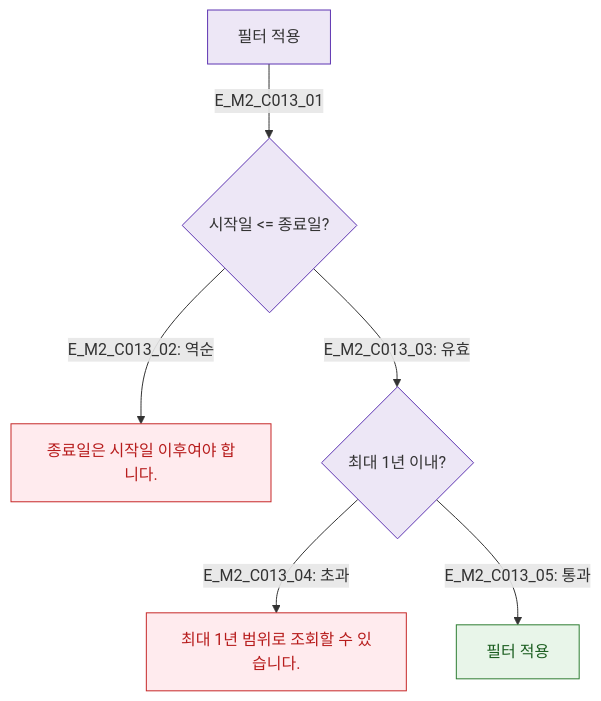
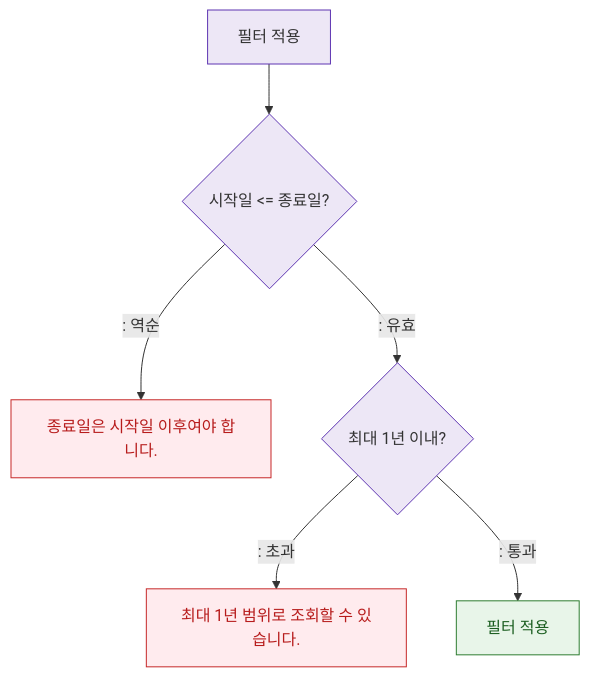
The diagram in docs/다이어그램/D04_수업관리/DLG/DLG-C013_차감이력/M2_필드검증.md (dev-spogym/admin-pando), drawn with Mermaid before and after one commit. The commit also changed other lines of this file and 1660 other files, not shown here.

First line of the commit message:
다이어그램: 기획자/클라이언트 납품본으로 정리

````diff
--- a/docs/다이어그램/D04_수업관리/DLG/DLG-C013_차감이력/M2_필드검증.md
+++ b/docs/다이어그램/D04_수업관리/DLG/DLG-C013_차감이력/M2_필드검증.md
@@ -20,15 +18,15 @@
 ```mermaid
 flowchart TD
-  Apply[필터 적용] -->|E_M2_C013_01| V_DateRange{시작일 <= 종료일?}
-  V_DateRange -->|"E_M2_C013_02: 역순"| E_Date[종료일은 시작일 이후여야 합니다.]
-  V_DateRange -->|"E_M2_C013_03: 유효"| V_MaxRange{최대 1년 이내?}
-  V_MaxRange -->|"E_M2_C013_04: 초과"| E_Range[최대 1년 범위로 조회할 수 있습니다.]
-  V_MaxRange -->|"E_M2_C013_05: 통과"| AllPass[필터 적용]
+  Apply[필터 적용] --> V_DateRange{시작일 <= 종료일?}
+  V_DateRange -->|": 역순"|E_Date[종료일은 시작일 이후여야 합니다.]
+  V_DateRange -->|": 유효"|V_MaxRange{최대 1년 이내?}
+  V_MaxRange -->|": 초과"|E_Range[최대 1년 범위로 조회할 수 있습니다.]
+  V_MaxRange -->|": 통과"|AllPass[필터 적용]
 
   classDef system fill:#EDE7F6,stroke:#5E35B2
   classDef error fill:#FFEBEE,stroke:#C62828,color:#B71C1C
   classDef success fill:#E8F5E9,stroke:#2E7D32,color:#1B5E20
   class Apply,V_DateRange,V_MaxRange system
   class E_Date,E_Range error
   class AllPass success
 ```
````
